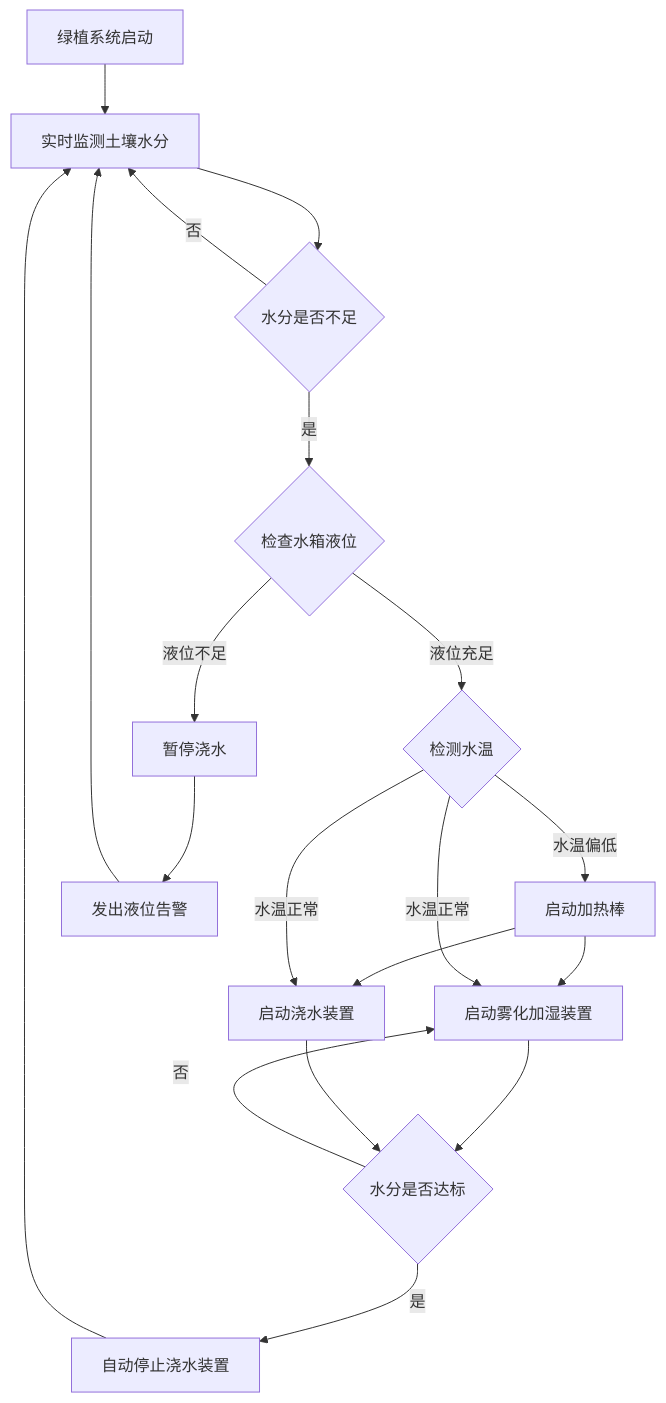
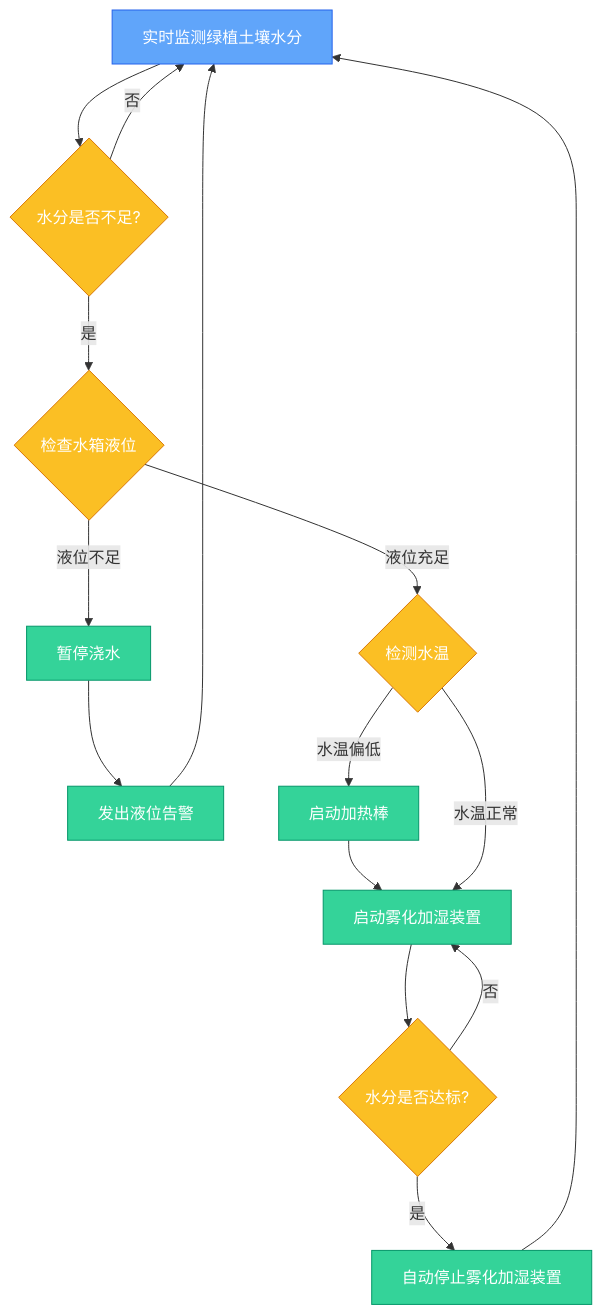
One commit to yuetsh/IOT-Lab2 changed the diagram in assets/05_绿色植物.md. Above: the diagram before and after it, drawn with Mermaid. The commit also changed 26 other files, not shown here.

First line of the commit message:
refactor: 精简设备列表、统一参考流程图与设备-节点对应关系

````diff
--- a/assets/05_绿色植物.md
+++ b/assets/05_绿色植物.md
@@ -1,21 +1,21 @@
 ```mermaid
-flowchart TD
-    A[绿植系统启动] --> B[实时监测土壤水分]
-    B --> C{水分是否不足}
-    C -- 是 --> D{检查水箱液位}
-    D -- 液位充足 --> E{检测水温}
-    E -- 水温偏低 --> F[启动加热棒]
-    F --> G[启动雾化加湿装置]
-    F --> G2[启动浇水装置]
-    E -- 水温正常 --> G
-    E -- 水温正常 --> G2
-    G --> H{水分是否达标}
-    G2 --> H
-    H -- 否 --> G
-    H -- 是 --> I[自动停止浇水装置]
-    I --> B
-    D -- 液位不足 --> J[暂停浇水]
-    J --> J2[发出液位告警]
-    J2 --> B
-    C -- 否 --> B
+graph TD
+  classDef trigger fill:#60a5fa,stroke:#2563eb,color:#fff
+  classDef decision fill:#fbbf24,stroke:#d97706,color:#fff
+  classDef action fill:#34d399,stroke:#059669,color:#fff
+  classDef display fill:#a78bfa,stroke:#7c3aed,color:#fff
+  A[实时监测绿植土壤水分]:::trigger --> B{水分是否不足?}:::decision
+  B -->|否| A
+  B -->|是| C{检查水箱液位}:::decision
+  C -->|液位不足| D[暂停浇水]:::action
+  D --> E[发出液位告警]:::action
+  E --> A
+  C -->|液位充足| F{检测水温}:::decision
+  F -->|水温偏低| G[启动加热棒]:::action
+  G --> H[启动雾化加湿装置]:::action
+  F -->|水温正常| H
+  H --> I{水分是否达标?}:::decision
+  I -->|否| H
+  I -->|是| J[自动停止雾化加湿装置]:::action
+  J --> A
 ```
````
